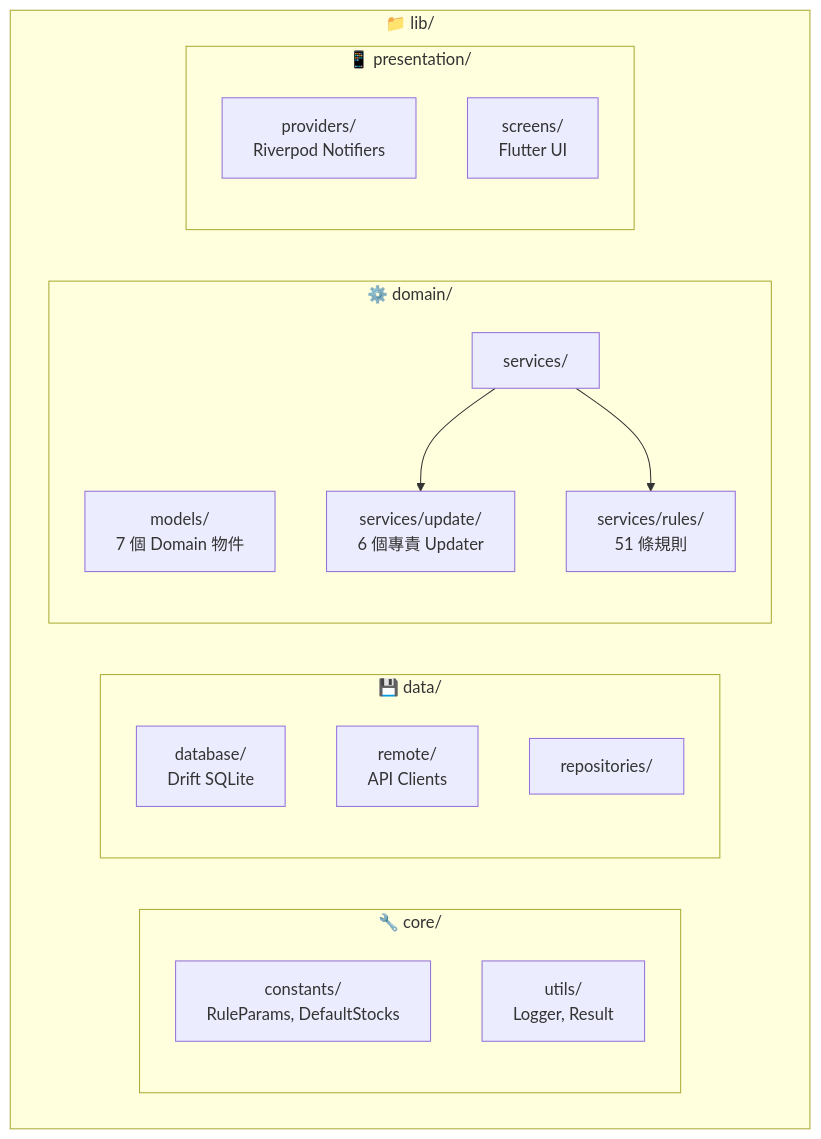
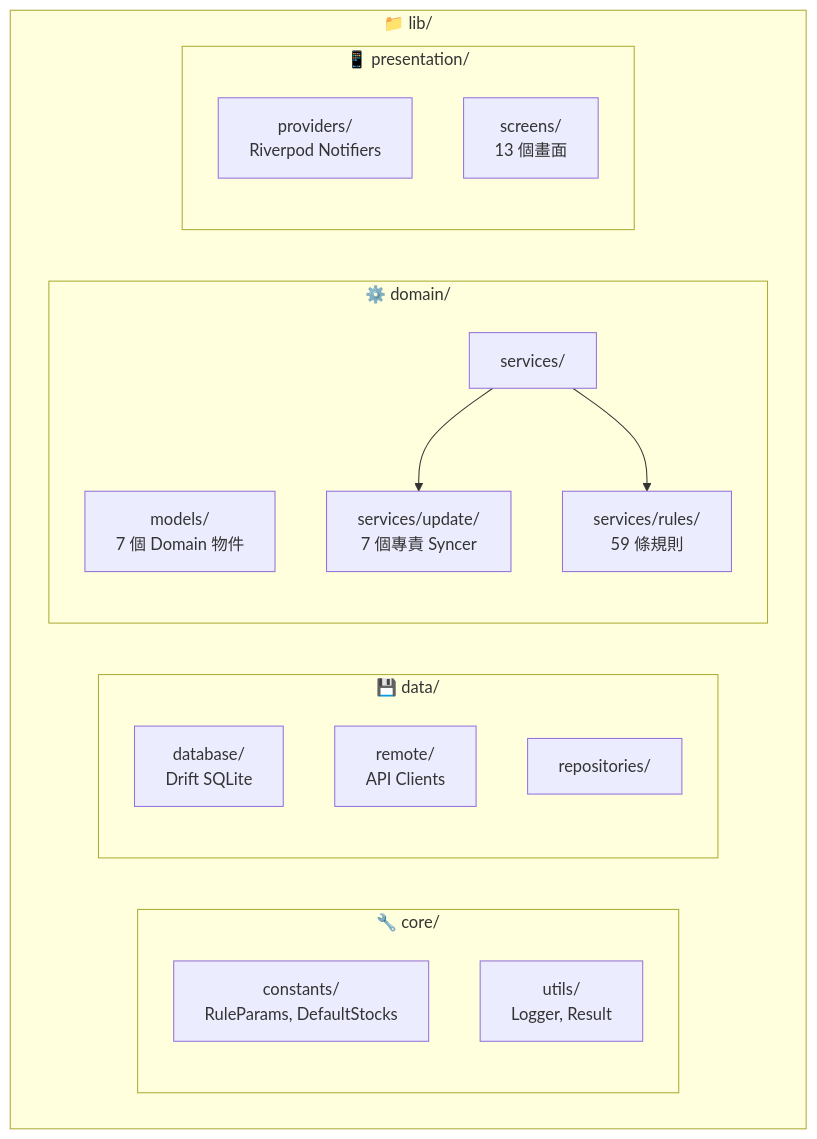
Before and after one commit to Neal75418/afterclose: the second of 3 diagrams in README.md, drawn with Mermaid. The commit also changed other lines of this file and 2 other files, not shown here.

````diff
--- a/README.md
+++ b/README.md
@@ -102,30 +112,30 @@
 ```mermaid
 graph TD
     subgraph lib["📁 lib/"]
         subgraph core["🔧 core/"]
             constants["constants/<br/>RuleParams, DefaultStocks"]
             utils["utils/<br/>Logger, Result"]
         end
 
         subgraph data["💾 data/"]
             database["database/<br/>Drift SQLite"]
             remote["remote/<br/>API Clients"]
             repositories["repositories/"]
         end
 
         subgraph domain["⚙️ domain/"]
             models["models/<br/>7 個 Domain 物件"]
             services["services/"]
-            update["services/update/<br/>6 個專責 Updater"]
-            rules["services/rules/<br/>51 條規則"]
+            update["services/update/<br/>7 個專責 Syncer"]
+            rules["services/rules/<br/>59 條規則"]
         end
 
         subgraph presentation["📱 presentation/"]
             providers["providers/<br/>Riverpod Notifiers"]
-            screens["screens/<br/>Flutter UI"]
+            screens["screens/<br/>13 個畫面"]
         end
     end
 
     services --> update
     services --> rules
 ```
````
